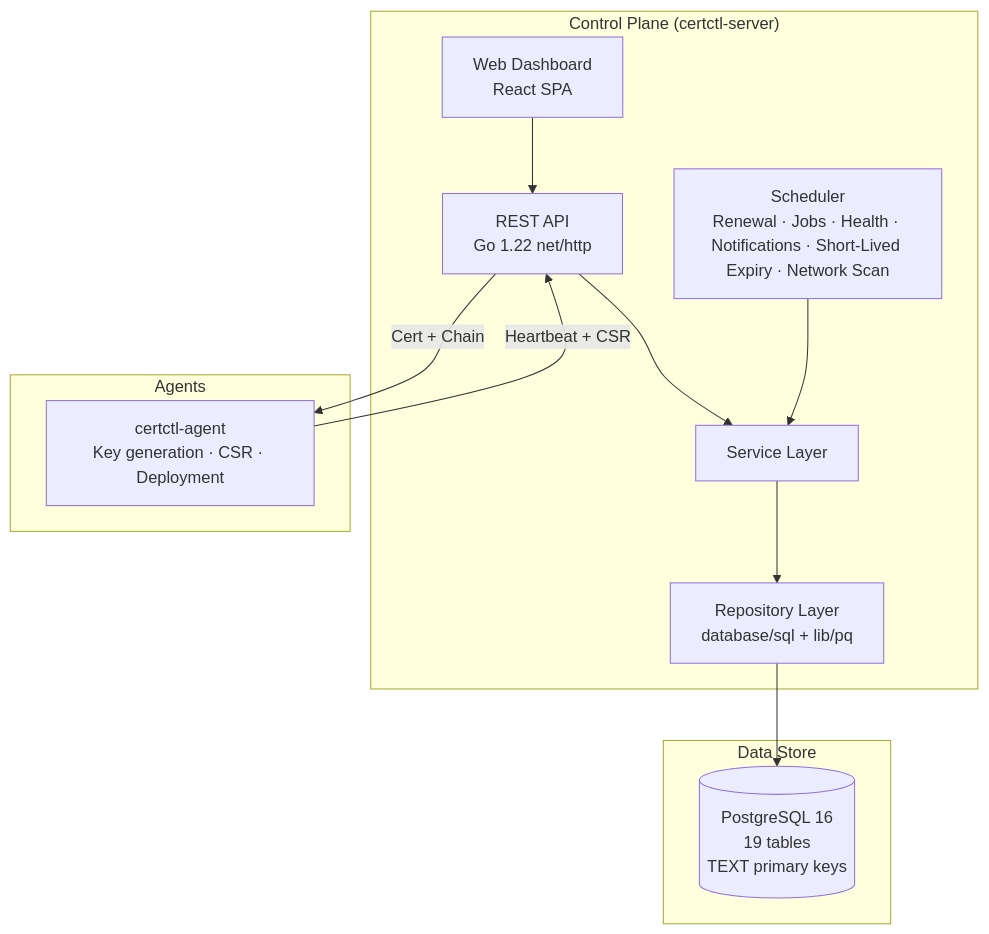
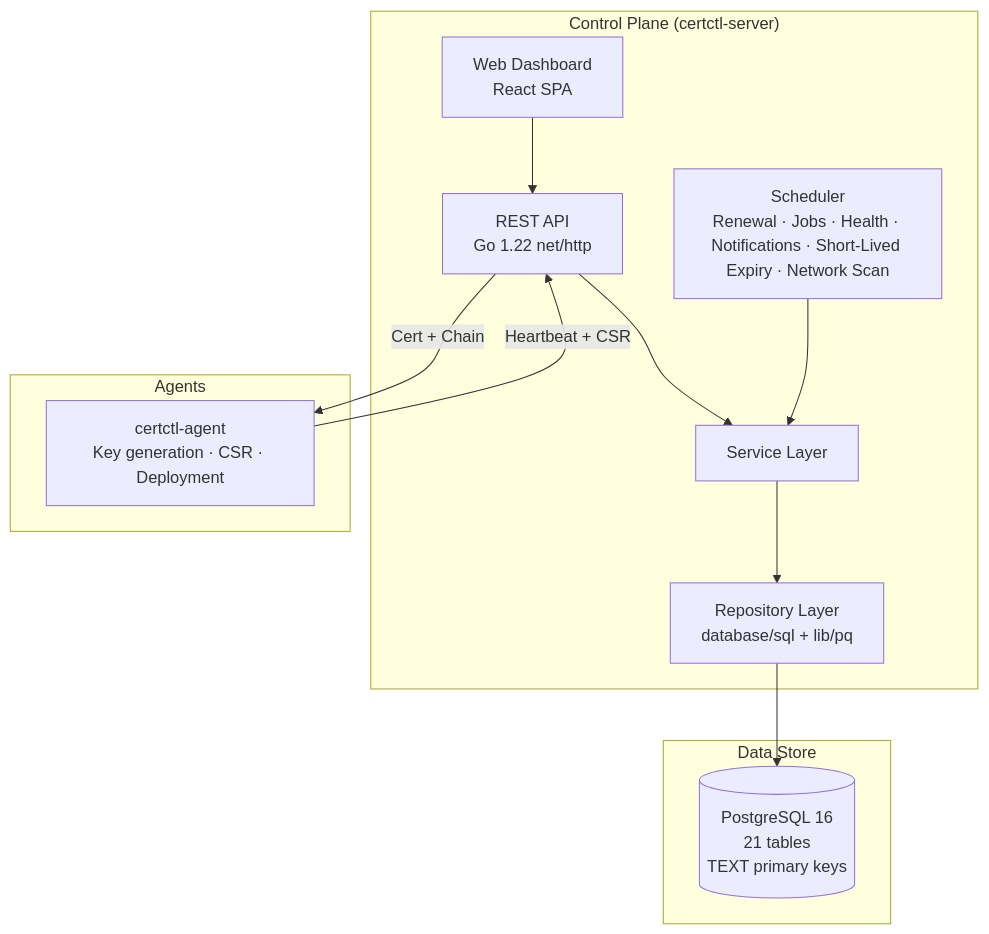
Before and after one commit to certctl-io/certctl: the second of 2 diagrams in README.md, drawn with Mermaid. The commit also changed other lines of this file and 7 other files, not shown here.

````diff
--- a/README.md
+++ b/README.md
@@ -109,24 +109,24 @@
 ```mermaid
 flowchart TB
     subgraph "Control Plane (certctl-server)"
         DASH["Web Dashboard\nReact SPA"]
         API["REST API\nGo 1.22 net/http"]
         SVC["Service Layer"]
         REPO["Repository Layer\ndatabase/sql + lib/pq"]
         SCHED["Scheduler\nRenewal · Jobs · Health · Notifications · Short-Lived Expiry · Network Scan"]
     end
 
     subgraph "Data Store"
-        PG[("PostgreSQL 16\n19 tables\nTEXT primary keys")]
+        PG[("PostgreSQL 16\n21 tables\nTEXT primary keys")]
     end
 
     subgraph "Agents"
         AG["certctl-agent\nKey generation · CSR · Deployment"]
     end
 
     DASH --> API
     API --> SVC --> REPO --> PG
     SCHED --> SVC
     AG -->|"Heartbeat + CSR"| API
     API -->|"Cert + Chain"| AG
 ```
````
